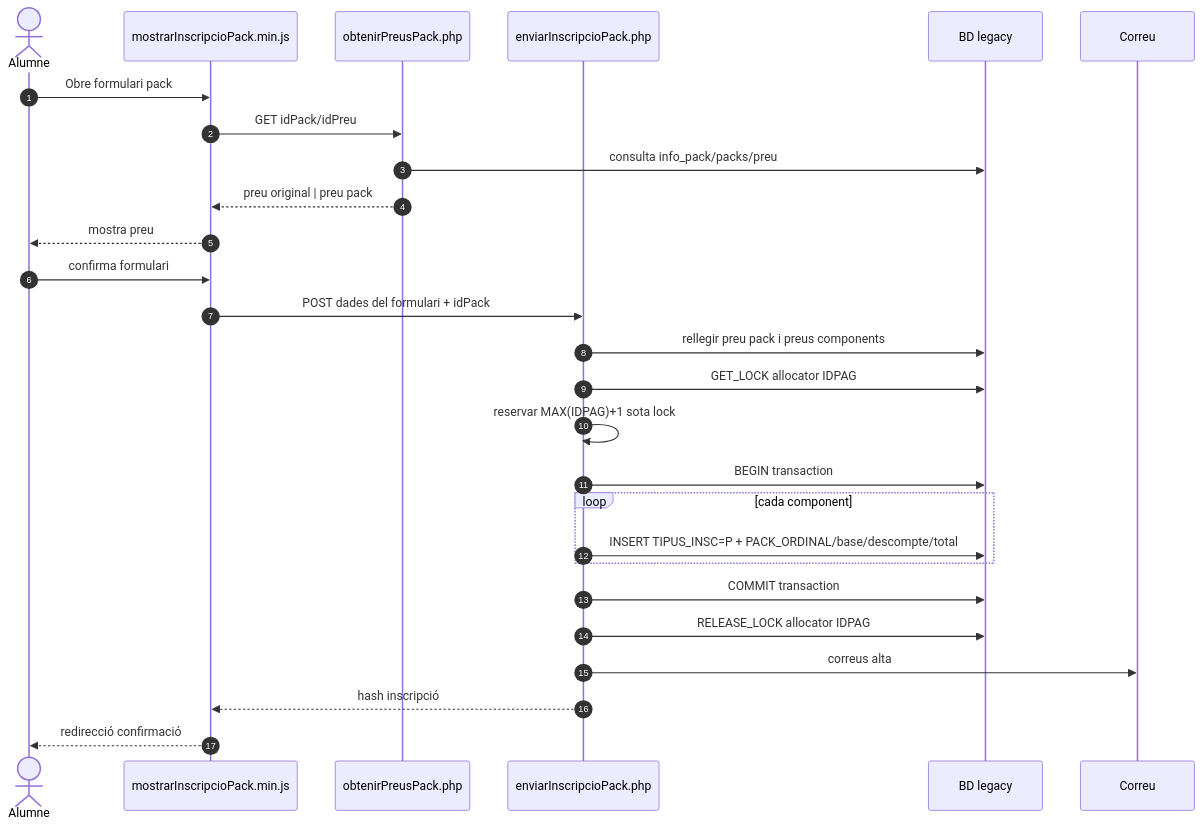
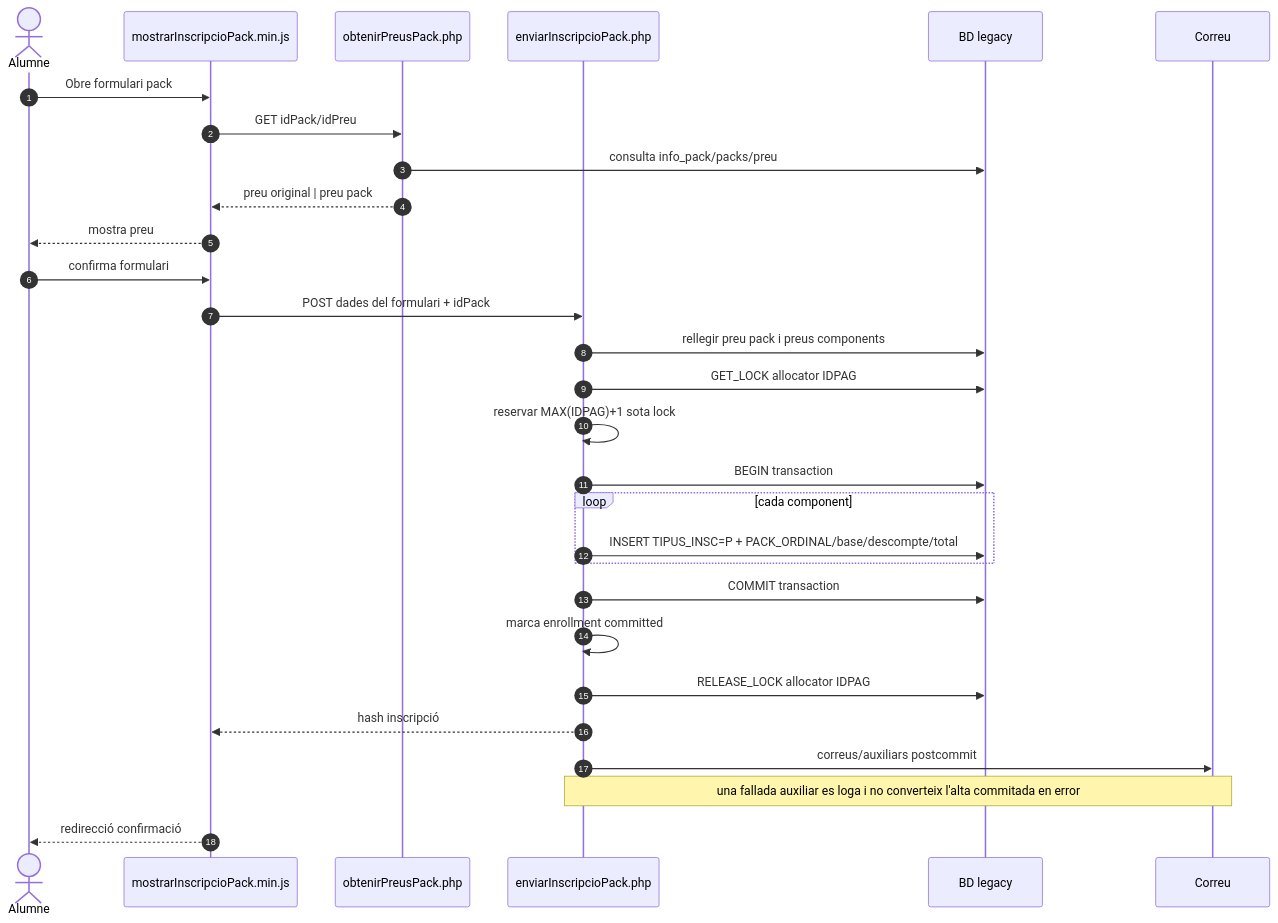
The first of 5 diagrams in documentacio/07-uml-integrat/uc-015-sequencies-actual-final.md (orgmeriemprismacat-del/verifactu), drawn with Mermaid before and after one commit.

Commit message:
docs(UC-015): reflectir resposta postcommit a la sequencia

````diff
--- a/documentacio/07-uml-integrat/uc-015-sequencies-actual-final.md
+++ b/documentacio/07-uml-integrat/uc-015-sequencies-actual-final.md
@@ -7,30 +7,32 @@
 ```mermaid
 sequenceDiagram
 autonumber
 actor U as Alumne
 participant JS as mostrarInscripcioPack.min.js
 participant Price as obtenirPreusPack.php
 participant Alta as enviarInscripcioPack.php
 participant DB as BD legacy
 participant Mail as Correu
 
 U->>JS: Obre formulari pack
 JS->>Price: GET idPack/idPreu
 Price->>DB: consulta info_pack/packs/preu
 Price-->>JS: preu original | preu pack
 JS-->>U: mostra preu
 U->>JS: confirma formulari
 JS->>Alta: POST dades del formulari + idPack
 Alta->>DB: rellegir preu pack i preus components
 Alta->>DB: GET_LOCK allocator IDPAG
 Alta->>Alta: reservar MAX(IDPAG)+1 sota lock
 Alta->>DB: BEGIN transaction
 loop cada component
  Alta->>DB: INSERT TIPUS_INSC=P + PACK_ORDINAL/base/descompte/total
 end
 Alta->>DB: COMMIT transaction
+Alta->>Alta: marca enrollment committed
 Alta->>DB: RELEASE_LOCK allocator IDPAG
-Alta->>Mail: correus alta
 Alta-->>JS: hash inscripció
+Alta->>Mail: correus/auxiliars postcommit
+Note over Alta,Mail: una fallada auxiliar es loga i no converteix l'alta commitada en error
 JS-->>U: redirecció confirmació
 ```
````
